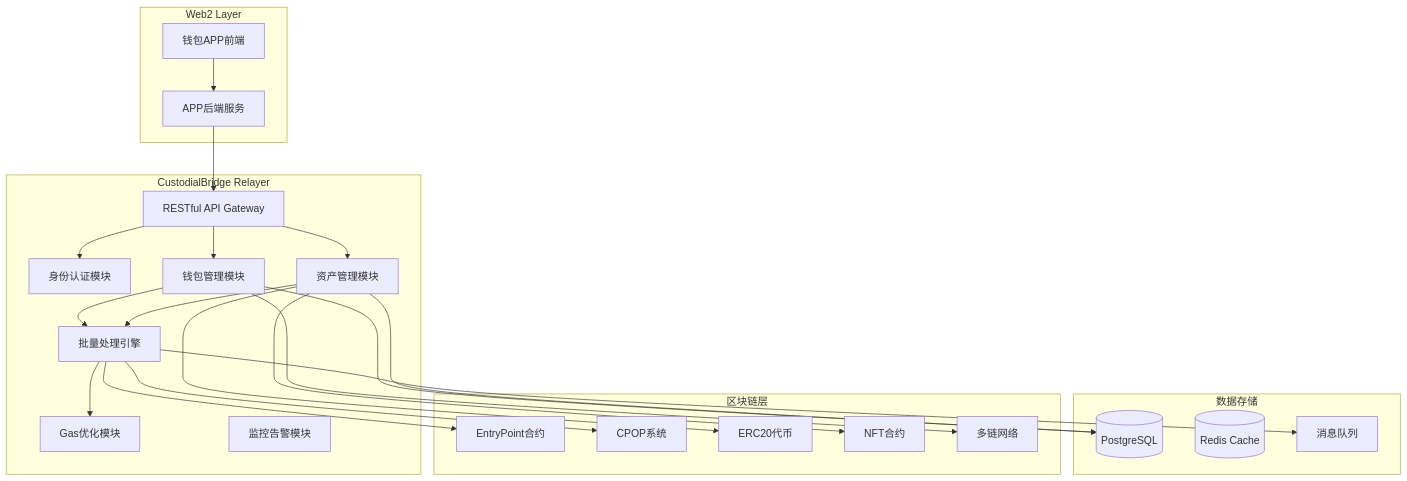
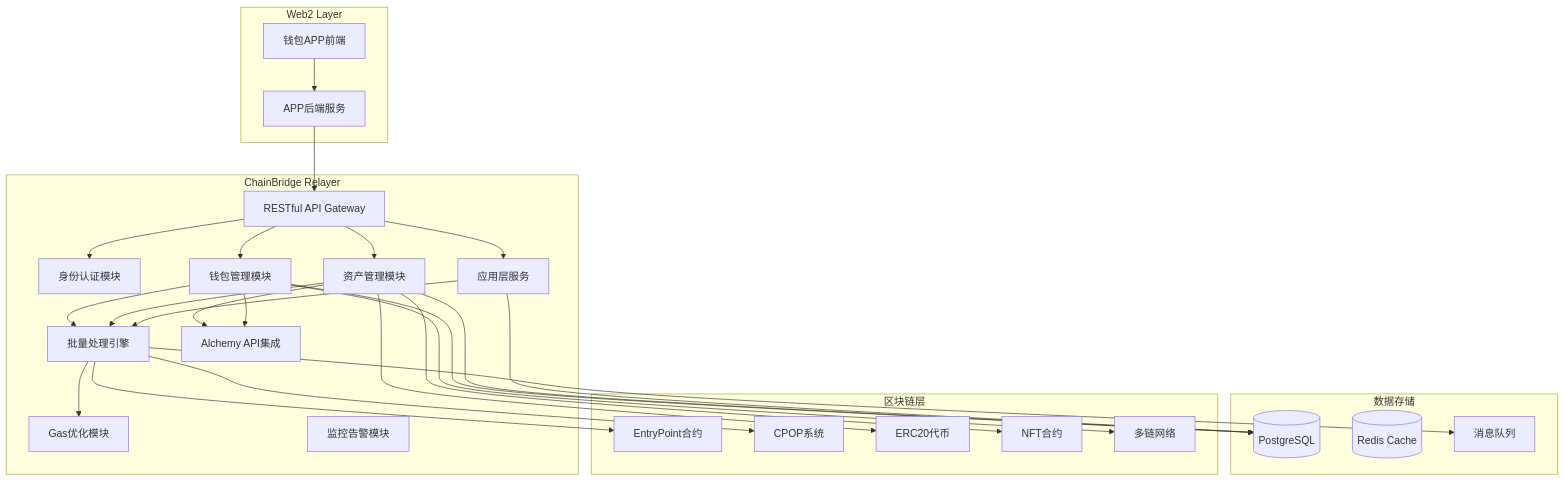
The diagram in docs/custodial-bridge/CustodialBridge-Design.md (chapool/account-abstraction), drawn with Mermaid before and after one commit. The commit also changed other lines of this file and 11 other files, not shown here.

````diff
--- a/docs/custodial-bridge/CustodialBridge-Design.md
+++ b/docs/custodial-bridge/CustodialBridge-Design.md
@@ -26,51 +29,59 @@
 ```mermaid
 graph TB
     subgraph "Web2 Layer"
         APP[钱包APP前端]
         BACKEND[APP后端服务]
     end
     
-    subgraph "CustodialBridge Relayer"
+    subgraph "ChainBridge Relayer"
         API[RESTful API Gateway]
         AUTH[身份认证模块]
         WALLET[钱包管理模块]
         ASSET[资产管理模块]
         BATCH[批量处理引擎]
         GAS[Gas优化模块]
         MONITOR[监控告警模块]
+        APP_LAYER[应用层服务]
+        ALCHEMY[Alchemy API集成]
     end
     
     subgraph "数据存储"
         POSTGRES[(PostgreSQL)]
         REDIS[(Redis Cache)]
         QUEUE[消息队列]
     end
     
     subgraph "区块链层"
         ENTRY[EntryPoint合约]
         CPOP[CPOP系统]
         ERC20[ERC20代币]
         NFT[NFT合约]
         MULTI[多链网络]
     end
     
     APP --> BACKEND
     BACKEND --> API
     API --> AUTH
     API --> WALLET
     API --> ASSET
+    API --> APP_LAYER
     
     WALLET --> BATCH
     ASSET --> BATCH
+    APP_LAYER --> BATCH
     BATCH --> GAS
+    
+    ASSET --> ALCHEMY
+    WALLET --> ALCHEMY
     
     WALLET --> POSTGRES
     ASSET --> POSTGRES
+    APP_LAYER --> POSTGRES
     BATCH --> QUEUE
     
     BATCH --> ENTRY
     BATCH --> CPOP
     ASSET --> ERC20
     ASSET --> NFT
     WALLET --> MULTI
 ```
````
